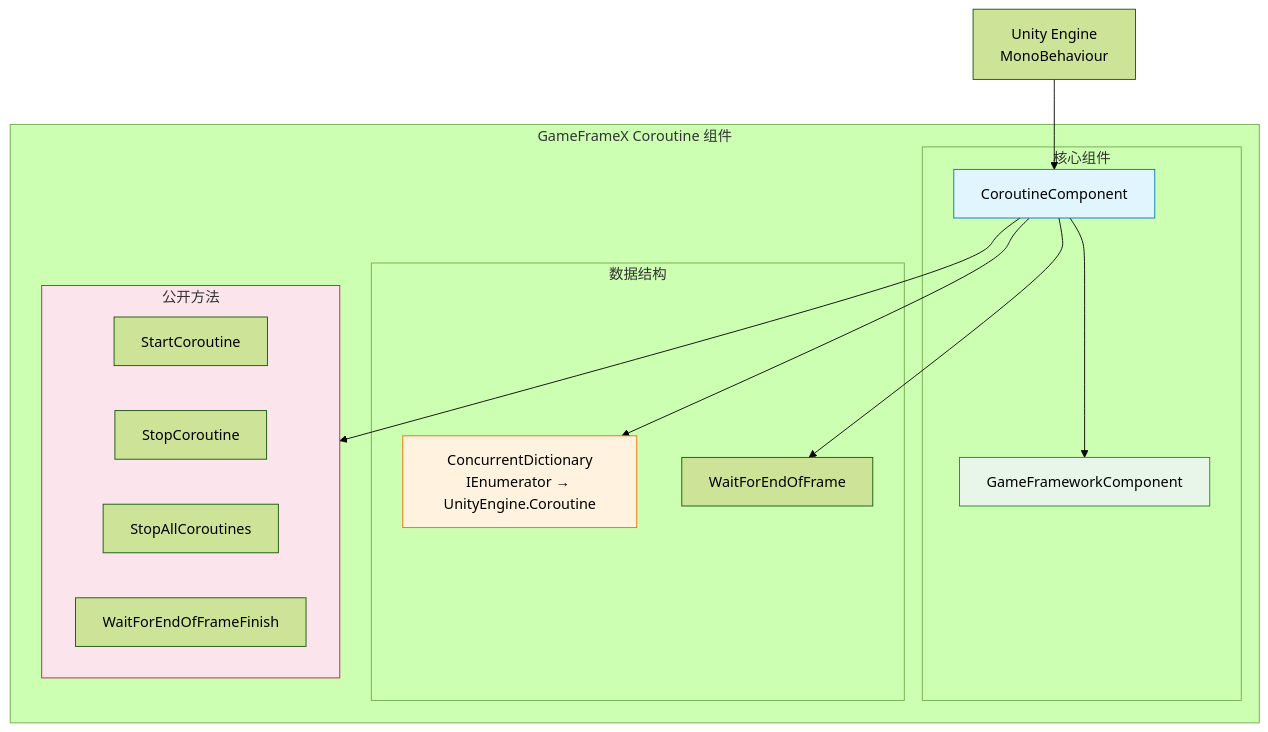
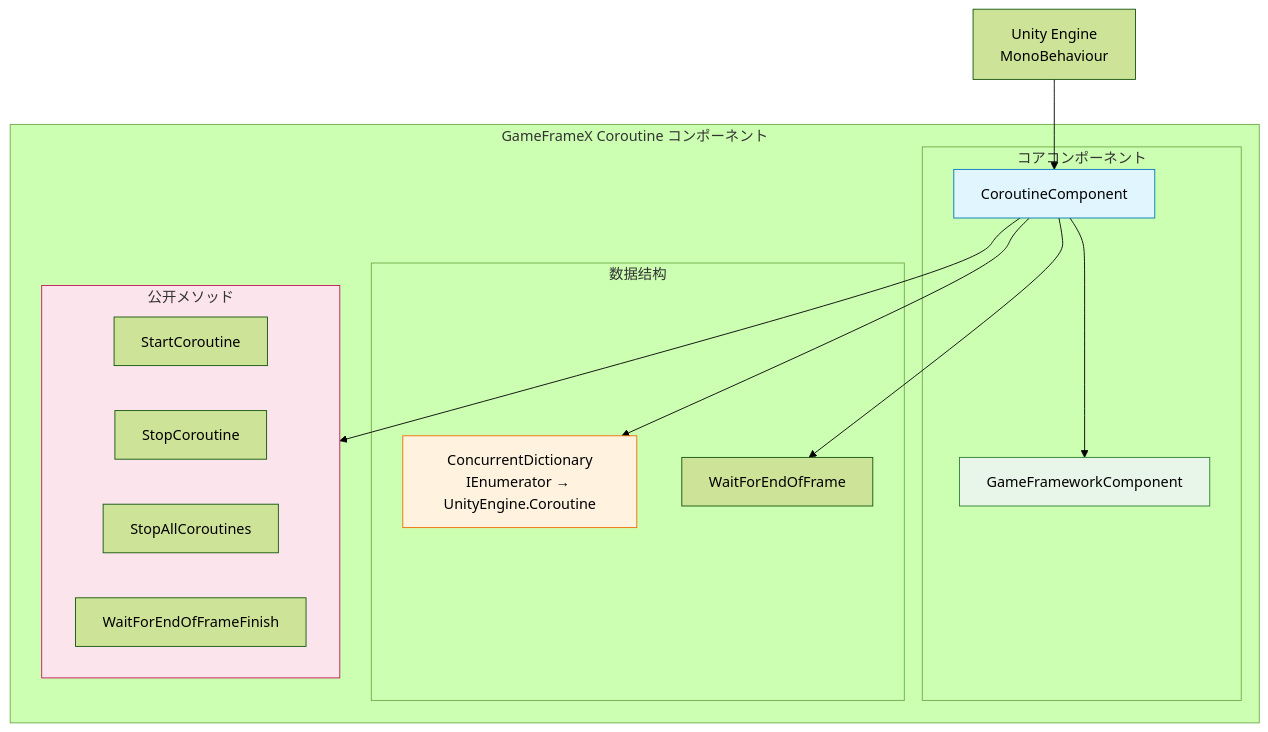
The first of 2 diagrams in docs/ja/client/unity/component/coroutine/01.overview.md (AlianBlank/GameFrameX.Docs), drawn with Mermaid (forest theme) before and after one commit. The commit also changed other lines of this file and 603 other files, not shown here.

````diff
--- a/docs/ja/client/unity/component/coroutine/01.overview.md
+++ b/docs/ja/client/unity/component/coroutine/01.overview.md
@@ -30,32 +30,32 @@
 ```mermaid
 graph TD
-    subgraph GameFrameX_Coroutine["GameFrameX Coroutine 组件"]
-        subgraph Core["核心组件"]
+    subgraph GameFrameX_Coroutine["GameFrameX Coroutine コンポーネント"]
+        subgraph Core["コアコンポーネント"]
             CC[CoroutineComponent]
             GFC[GameFrameworkComponent]
         end
         
         subgraph Data["数据结构"]
             CD[ConcurrentDictionary<br/>IEnumerator → UnityEngine.Coroutine]
             WFE[WaitForEndOfFrame]
         end
         
-        subgraph Methods["公开方法"]
+        subgraph Methods["公开メソッド"]
             SC[StartCoroutine]
             STC[StopCoroutine]
             SAC[StopAllCoroutines]
             WFEFCB[WaitForEndOfFrameFinish]
         end
     end
     
     Unity[Unity Engine<br/>MonoBehaviour] --> CC
     CC --> GFC
     CC --> CD
     CC --> WFE
     CC --> Methods
     
     style CC fill:#e1f5fe,stroke:#0277bd
     style GFC fill:#e8f5e9,stroke:#2e7d32
     style CD fill:#fff3e0,stroke:#ef6c00
     style Methods fill:#fce4ec,stroke:#c2185b
 ```
````
